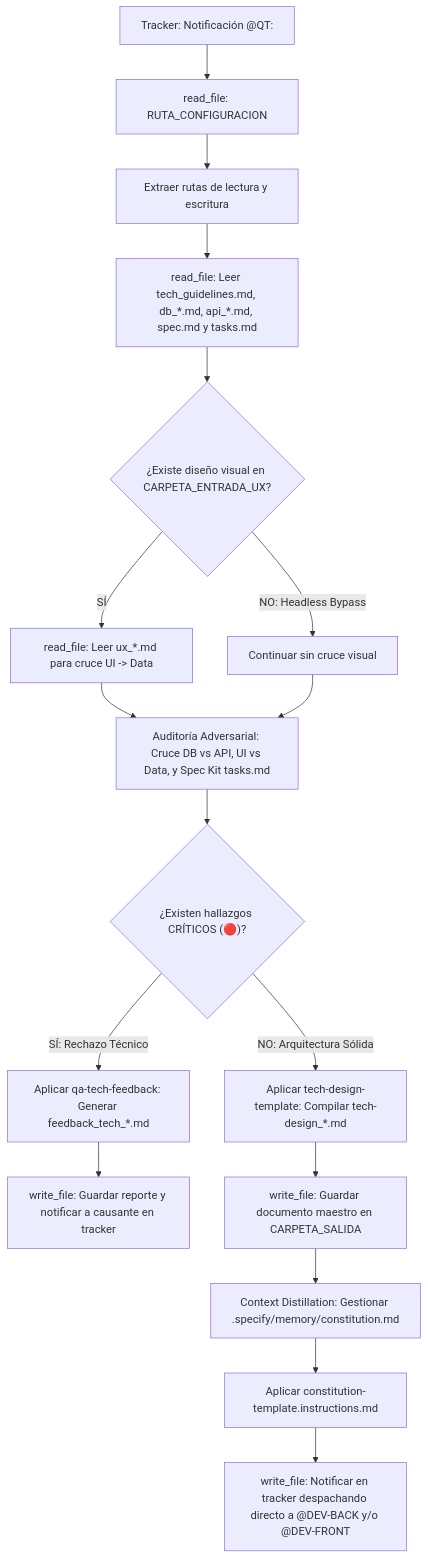
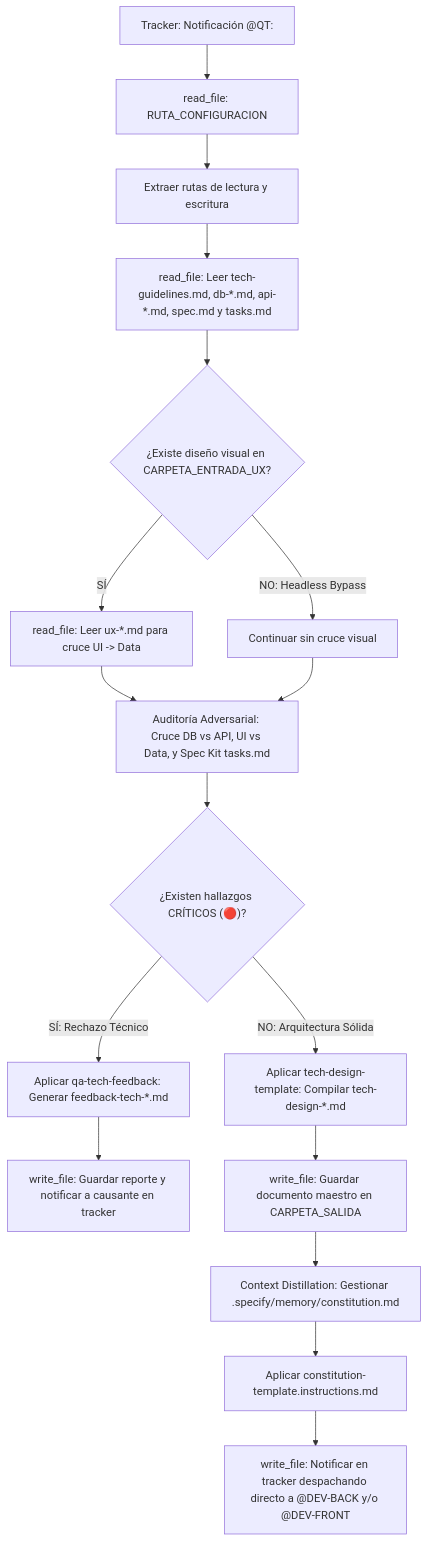
Before and after one commit to pauloravicaceres/tech-work-hub: the diagram in qa-tech/AGENTS.md, drawn with Mermaid. The commit also changed other lines of this file and 397 other files, not shown here.

````diff
--- a/qa-tech/AGENTS.md
+++ b/qa-tech/AGENTS.md
@@ -71,21 +71,21 @@
 ```mermaid
 flowchart TD
     A["Tracker: Notificación @QT:"] --> B["read_file: RUTA_CONFIGURACION"]
     B --> C["Extraer rutas de lectura y escritura"]
-    C --> D["read_file: Leer tech_guidelines.md, db_*.md, api_*.md, spec.md y tasks.md"]
+    C --> D["read_file: Leer tech-guidelines.md, db-*.md, api-*.md, spec.md y tasks.md"]
     D --> E{"¿Existe diseño visual en CARPETA_ENTRADA_UX?"}
-    E -->|SÍ| F["read_file: Leer ux_*.md para cruce UI -> Data"]
+    E -->|SÍ| F["read_file: Leer ux-*.md para cruce UI -> Data"]
     E -->|NO: Headless Bypass| G["Continuar sin cruce visual"]
     F --> H["Auditoría Adversarial: Cruce DB vs API, UI vs Data, y Spec Kit tasks.md"]
     G --> H
     
     H --> I{"¿Existen hallazgos CRÍTICOS (🔴)?"}
-    I -->|SÍ: Rechazo Técnico| J["Aplicar qa-tech-feedback: Generar feedback_tech_*.md"]
+    I -->|SÍ: Rechazo Técnico| J["Aplicar qa-tech-feedback: Generar feedback-tech-*.md"]
     J --> K["write_file: Guardar reporte y notificar a causante en tracker"]
     
-    I -->|NO: Arquitectura Sólida| L["Aplicar tech-design-template: Compilar tech-design_*.md"]
+    I -->|NO: Arquitectura Sólida| L["Aplicar tech-design-template: Compilar tech-design-*.md"]
     L --> M["write_file: Guardar documento maestro en CARPETA_SALIDA"]
     M --> N["Context Distillation: Gestionar .specify/memory/constitution.md"]
     N --> O["Aplicar constitution-template.instructions.md"]
     O --> P["write_file: Notificar en tracker despachando directo a @DEV-BACK y/o @DEV-FRONT"]
 ```
````
